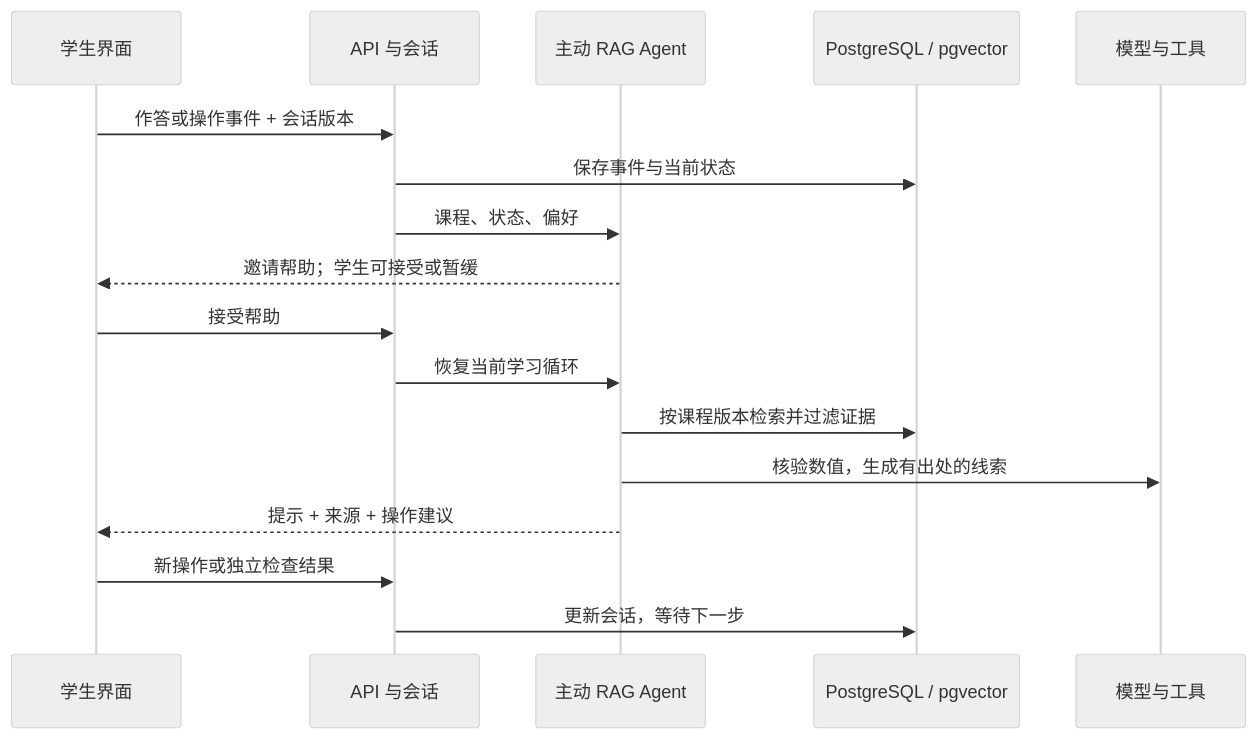
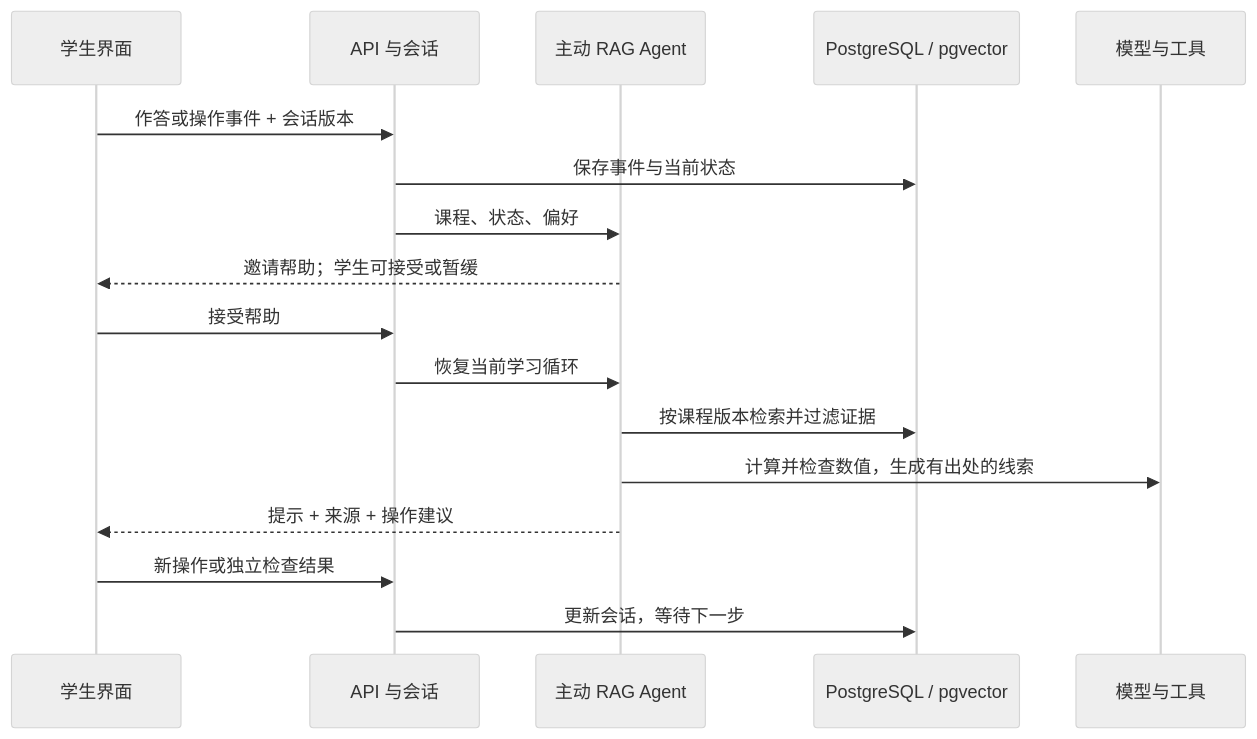
One commit to LJHSTO/edu-promaic changed the second of 3 diagrams in docs/software/architecture.md. Above: the diagram before and after it, drawn with Mermaid (neutral theme). The commit also changed other lines of this file and 60 other files, not shown here.

````diff
--- a/docs/software/architecture.md
+++ b/docs/software/architecture.md
@@ -62,19 +62,19 @@
 ```mermaid
 sequenceDiagram
   participant S as 学生界面
   participant A as API 与会话
   participant G as 主动 RAG Agent
   participant D as PostgreSQL / pgvector
   participant M as 模型与工具
   S->>A: 作答或操作事件 + 会话版本
   A->>D: 保存事件与当前状态
   A->>G: 课程、状态、偏好
   G-->>S: 邀请帮助；学生可接受或暂缓
   S->>A: 接受帮助
   A->>G: 恢复当前学习循环
   G->>D: 按课程版本检索并过滤证据
-  G->>M: 核验数值，生成有出处的线索
+  G->>M: 计算并检查数值，生成有出处的线索
   G-->>S: 提示 + 来源 + 操作建议
   S->>A: 新操作或独立检查结果
   A->>D: 更新会话，等待下一步
 ```
````
